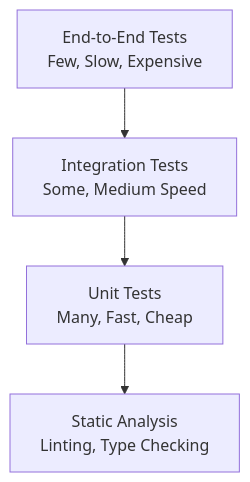
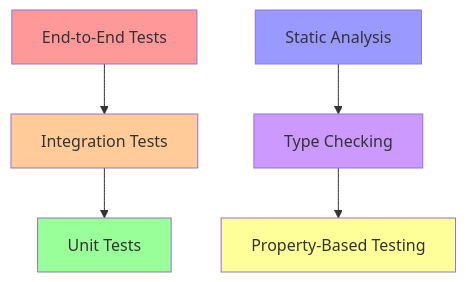
The diagram in knowledge/methods/testing-comprehensive-guide.md (lucasgaldinos/main-knowledge-base), drawn with Mermaid before and after one commit. The commit also changed other lines of this file and 31 other files, not shown here.

````diff
--- a/knowledge/methods/testing-comprehensive-guide.md
+++ b/knowledge/methods/testing-comprehensive-guide.md
@@ -33,6 +41,14 @@
 ```mermaid
-graph TD
-    A[End-to-End Tests<br/>Few, Slow, Expensive] --> B[Integration Tests<br/>Some, Medium Speed]
-    B --> C[Unit Tests<br/>Many, Fast, Cheap]
-    C --> D[Static Analysis<br/>Linting, Type Checking]
+graph TB
+    A[End-to-End Tests] --> B[Integration Tests]
+    B --> C[Unit Tests]
+    D[Static Analysis] --> E[Type Checking]
+    E --> F[Property-Based Testing]
+    
+    style A fill:#ff9999
+    style B fill:#ffcc99
+    style C fill:#99ff99
+    style D fill:#9999ff
+    style E fill:#cc99ff
+    style F fill:#ffff99
 ```
````
